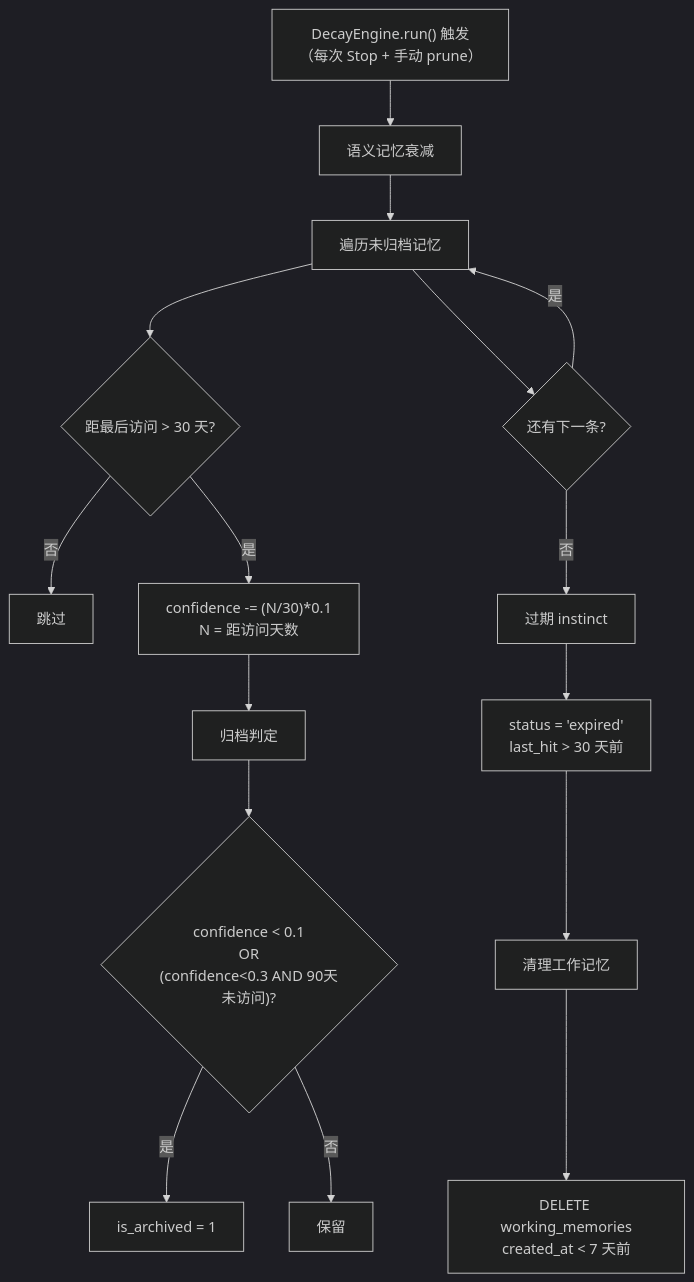
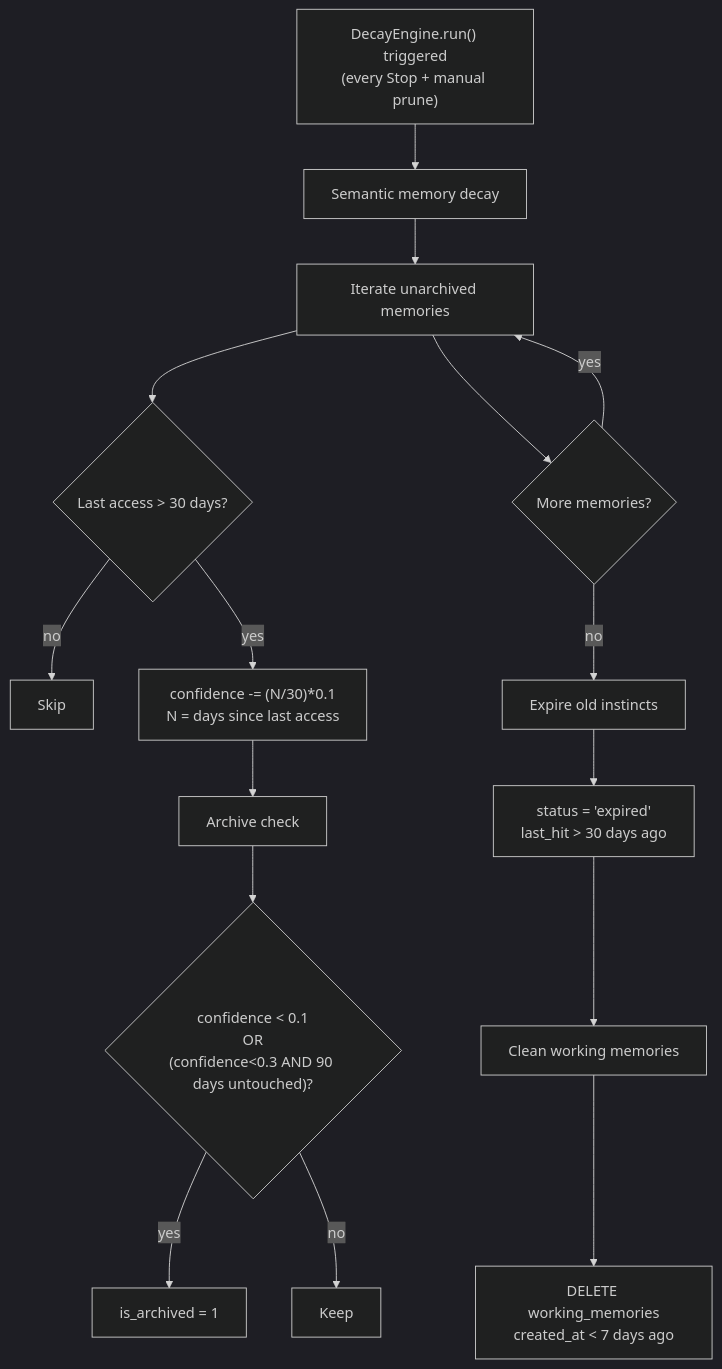
One commit to Lucas-lgm/clio changed the ninth of 10 diagrams in docs/architecture.md. Above: the diagram before and after it, drawn with Mermaid (dark theme). The commit also changed other lines of this file and 13 other files, not shown here.

````diff
--- a/docs/architecture.md
+++ b/docs/architecture.md
@@ -380,18 +380,18 @@
 ```mermaid
 flowchart TD
-    A["DecayEngine.run() 触发<br>（每次 Stop + 手动 prune）"] --> B[语义记忆衰减]
-    B --> C[遍历未归档记忆]
-    C --> D{距最后访问 > 30 天?}
-    D -->|否| E[跳过]
-    D -->|是| F["confidence -= (N/30)*0.1<br>N = 距访问天数"]
-    F --> G[归档判定]
-    G --> H{"confidence < 0.1<br>OR<br>(confidence<0.3 AND 90天未访问)?"}
-    H -->|是| I[is_archived = 1]
-    H -->|否| J[保留]
-    C --> K{还有下一条?}
-    K -->|是| C
-    K -->|否| L[过期 instinct]
-    L --> M["status = 'expired'<br>last_hit > 30 天前"]
-    M --> N[清理工作记忆]
-    N --> O["DELETE working_memories<br>created_at < 7 天前"]
+    A["DecayEngine.run() triggered<br>(every Stop + manual prune)"] --> B["Semantic memory decay"]
+    B --> C["Iterate unarchived memories"]
+    C --> D{"Last access > 30 days?"}
+    D -->|no| E["Skip"]
+    D -->|yes| F["confidence -= (N/30)*0.1<br>N = days since last access"]
+    F --> G["Archive check"]
+    G --> H{"confidence < 0.1<br>OR<br>(confidence<0.3 AND 90 days untouched)?"}
+    H -->|yes| I["is_archived = 1"]
+    H -->|no| J["Keep"]
+    C --> K{"More memories?"}
+    K -->|yes| C
+    K -->|no| L["Expire old instincts"]
+    L --> M["status = 'expired'<br>last_hit > 30 days ago"]
+    M --> N["Clean working memories"]
+    N --> O["DELETE working_memories<br>created_at < 7 days ago"]
 ```
````
